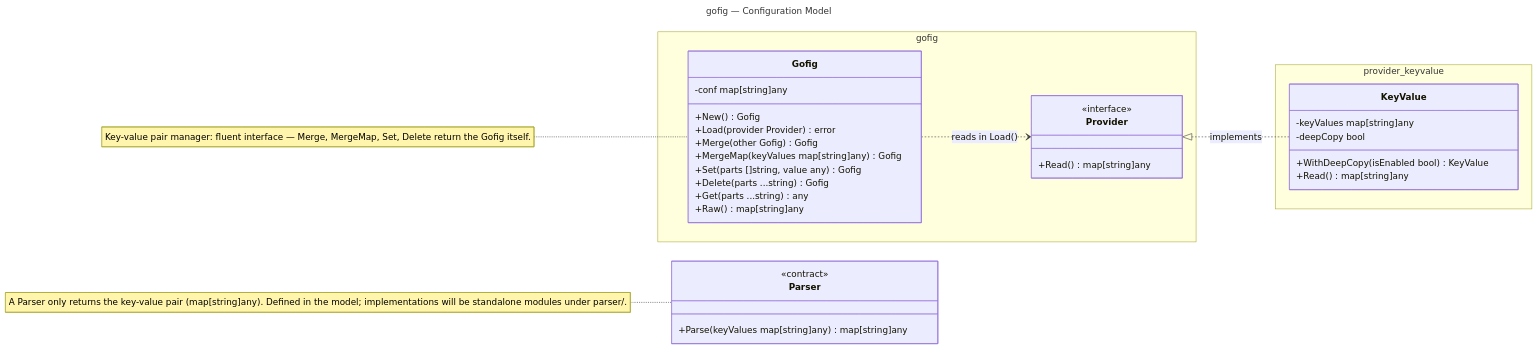
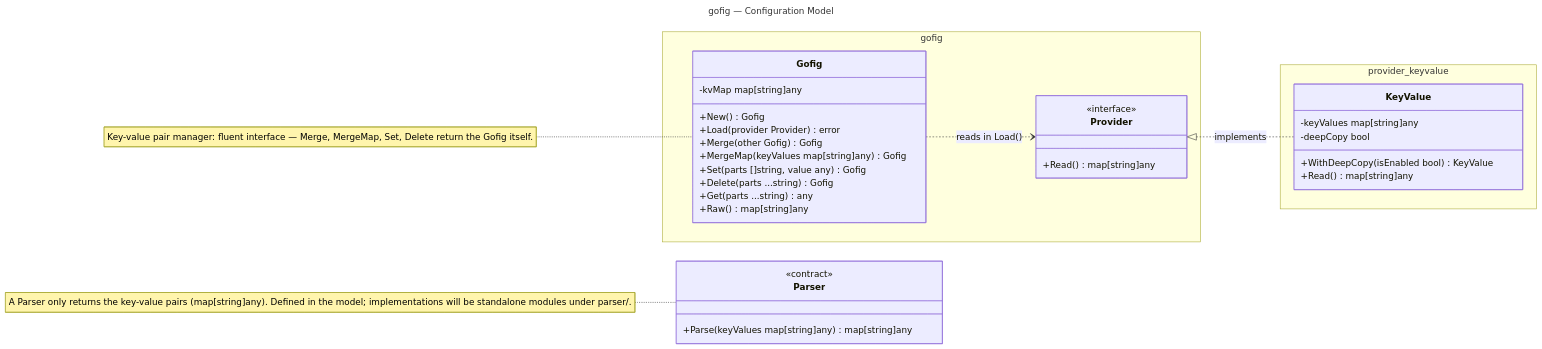
Before and after one commit to slava-y2k/gofig: the diagram in docs/parser.md, drawn with Mermaid. The commit also changed 7 other files, not shown here.

````diff
--- a/docs/parser.md
+++ b/docs/parser.md
@@ -9,46 +9,46 @@
 ```mermaid
 ---
 title: gofig — Configuration Model
 ---
 classDiagram
     direction LR
 
     namespace gofig {
         class Provider {
             <<interface>>
             +Read() map[string]any
         }
 
         class Gofig {
-            -conf map[string]any
+            -kvMap map[string]any
             +New() Gofig
             +Load(provider Provider) error
             +Merge(other Gofig) Gofig
             +MergeMap(keyValues map[string]any) Gofig
             +Set(parts []string, value any) Gofig
             +Delete(parts ...string) Gofig
             +Get(parts ...string) any
             +Raw() map[string]any
         }
     }
 
     namespace provider_keyvalue {
         class KeyValue {
             -keyValues map[string]any
             -deepCopy bool
             +WithDeepCopy(isEnabled bool) KeyValue
             +Read() map[string]any
         }
     }
 
     class Parser {
         <<contract>>
         +Parse(keyValues map[string]any) map[string]any
     }
 
     Provider <|.. KeyValue : implements
     Gofig ..> Provider : reads in Load()
 
-    note for Parser "A Parser only returns the key-value pair (map[string]any). Defined in the model; implementations will be standalone modules under parser/."
+    note for Parser "A Parser only returns the key-value pairs (map[string]any). Defined in the model; implementations will be standalone modules under parser/."
     note for Gofig "Key-value pair manager: fluent interface — Merge, MergeMap, Set, Delete return the Gofig itself."
 ```
````
